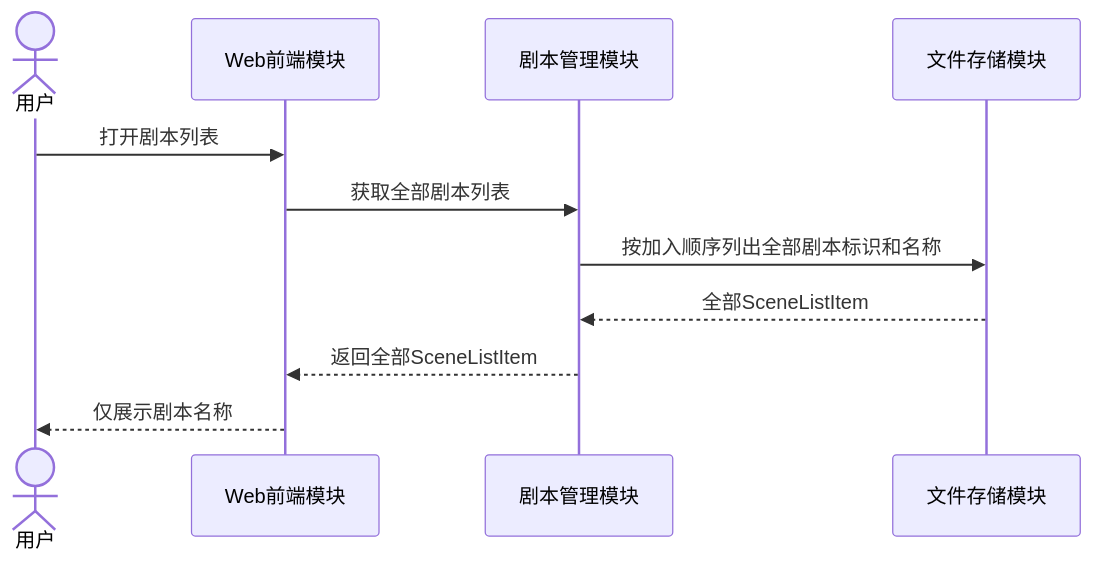
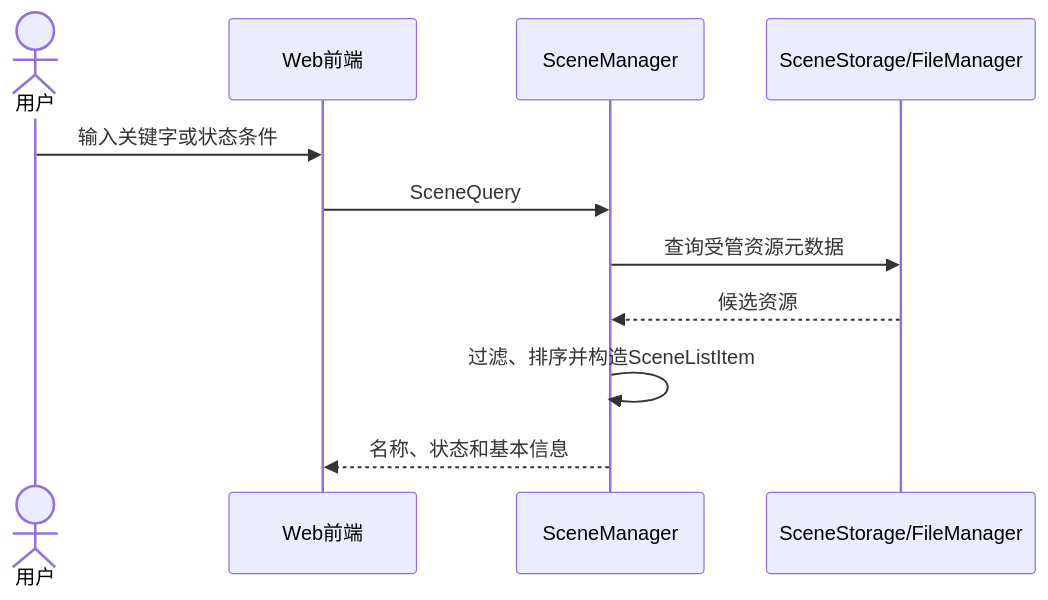
The fourth of 4 diagrams in docs/剧本管理设计.md (RIVERS0FT/AgentNetwork), drawn with Mermaid before and after one commit. The commit also changed other lines of this file, not shown here.

````diff
--- a/docs/剧本管理设计.md
+++ b/docs/剧本管理设计.md
@@ -375,14 +323,14 @@
 ```mermaid
 sequenceDiagram
     actor User as 用户
-    participant Web as Web前端模块
-    participant SceneMgr as 剧本管理模块
-    participant Store as 文件存储模块
+    participant Web as Web前端
+    participant SceneMgr as SceneManager
+    participant Store as SceneStorage/FileManager
 
-    User->>Web: 打开剧本列表
-    Web->>SceneMgr: 获取全部剧本列表
-    SceneMgr->>Store: 按加入顺序列出全部剧本标识和名称
-    Store-->>SceneMgr: 全部SceneListItem
-    SceneMgr-->>Web: 返回全部SceneListItem
-    Web-->>User: 仅展示剧本名称
+    User->>Web: 输入关键字或状态条件
+    Web->>SceneMgr: SceneQuery
+    SceneMgr->>Store: 查询受管资源元数据
+    Store-->>SceneMgr: 候选资源
+    SceneMgr->>SceneMgr: 过滤、排序并构造SceneListItem
+    SceneMgr-->>Web: 名称、状态和基本信息
 ```
````
